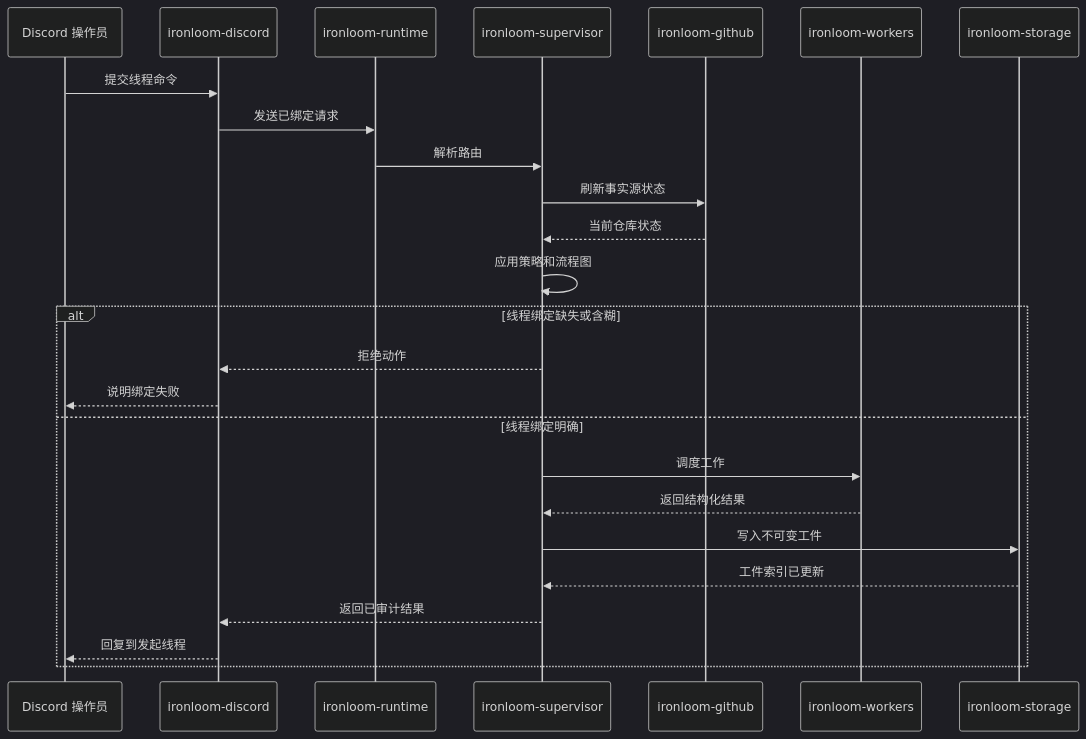
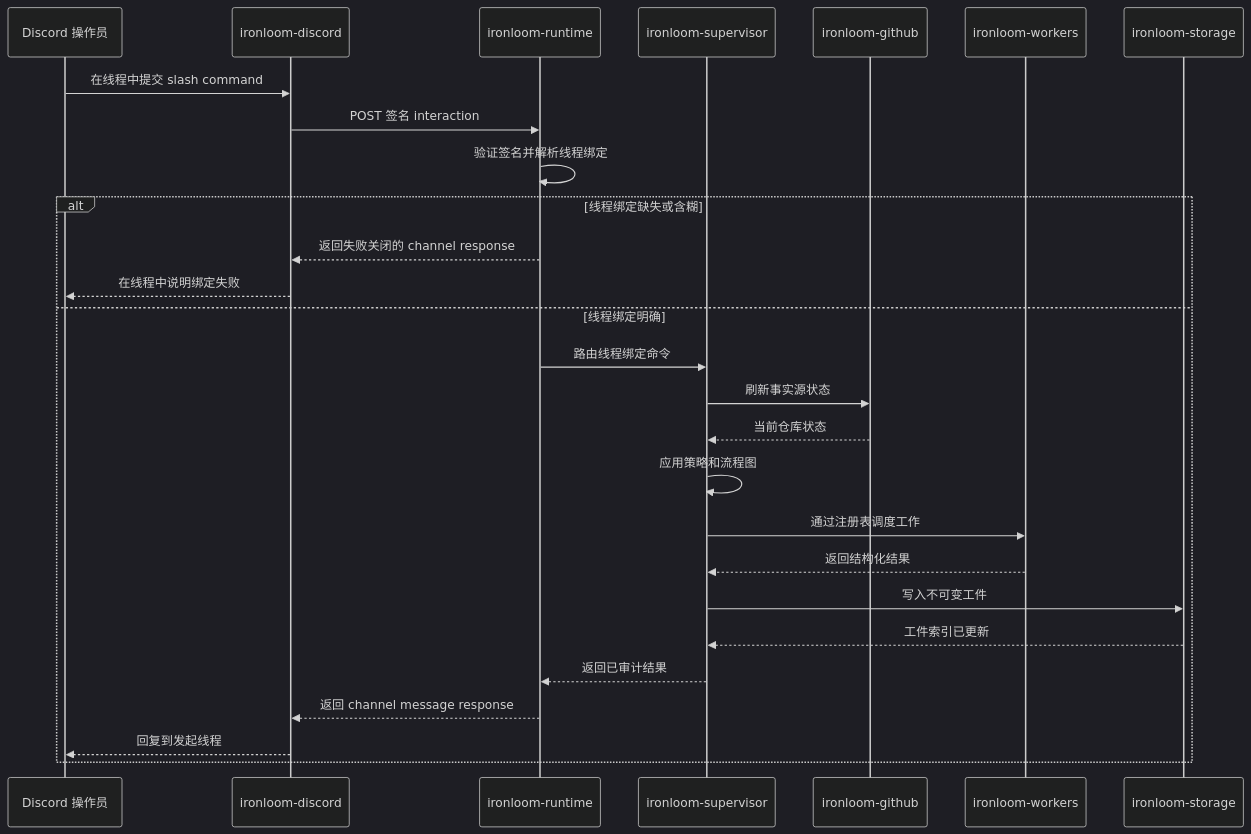
One commit to VannaDii/ironloom changed the diagram in site/guide-docs/zh-hans/guides/operator-workflows.md. Above: the diagram before and after it, drawn with Mermaid (dark theme). The commit also changed 73 other files, not shown here.

````diff
--- a/site/guide-docs/zh-hans/guides/operator-workflows.md
+++ b/site/guide-docs/zh-hans/guides/operator-workflows.md
@@ -7,28 +7,30 @@
 ```mermaid
 sequenceDiagram
   participant Operator as Discord 操作员
   participant Discord as ironloom-discord
   participant Runtime as ironloom-runtime
   participant Supervisor as ironloom-supervisor
   participant GitHub as ironloom-github
   participant Worker as ironloom-workers
   participant Storage as ironloom-storage
 
-  Operator->>Discord: 提交线程命令
-  Discord->>Runtime: 发送已绑定请求
-  Runtime->>Supervisor: 解析路由
-  Supervisor->>GitHub: 刷新事实源状态
-  GitHub-->>Supervisor: 当前仓库状态
-  Supervisor->>Supervisor: 应用策略和流程图
+  Operator->>Discord: 在线程中提交 slash command
+  Discord->>Runtime: POST 签名 interaction
+  Runtime->>Runtime: 验证签名并解析线程绑定
   alt 线程绑定缺失或含糊
-    Supervisor-->>Discord: 拒绝动作
-    Discord-->>Operator: 说明绑定失败
+    Runtime-->>Discord: 返回失败关闭的 channel response
+    Discord-->>Operator: 在线程中说明绑定失败
   else 线程绑定明确
-    Supervisor->>Worker: 调度工作
+    Runtime->>Supervisor: 路由线程绑定命令
+    Supervisor->>GitHub: 刷新事实源状态
+    GitHub-->>Supervisor: 当前仓库状态
+    Supervisor->>Supervisor: 应用策略和流程图
+    Supervisor->>Worker: 通过注册表调度工作
     Worker-->>Supervisor: 返回结构化结果
     Supervisor->>Storage: 写入不可变工件
     Storage-->>Supervisor: 工件索引已更新
-    Supervisor-->>Discord: 返回已审计结果
+    Supervisor-->>Runtime: 返回已审计结果
+    Runtime-->>Discord: 返回 channel message response
     Discord-->>Operator: 回复到发起线程
   end
 ```
````
